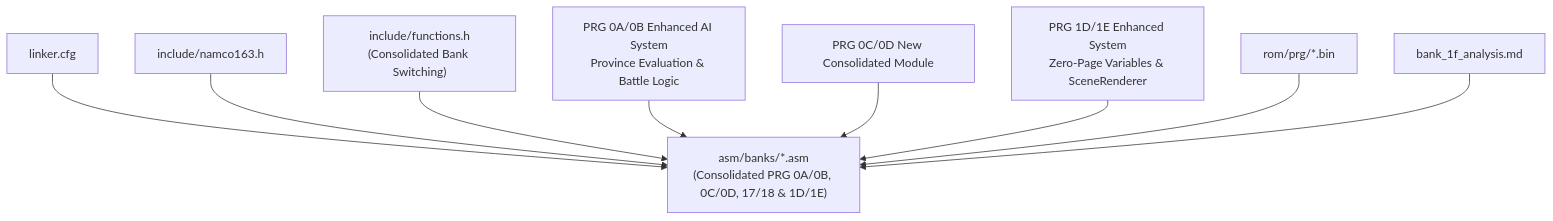
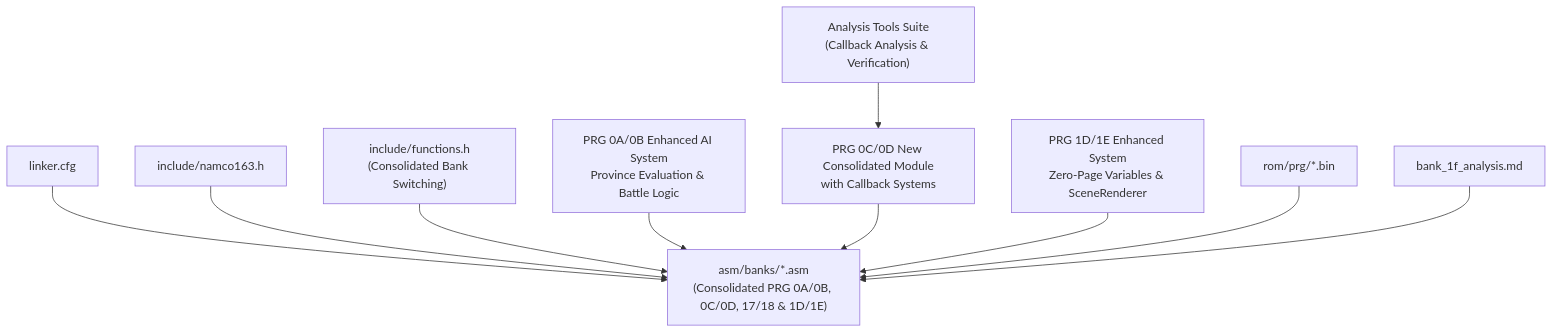
One commit to rabbyzero/sango2dasm changed the third of 3 diagrams in .qoder/repowiki/en/content/Assembly Architecture/Bank Organization and Memory Layout.md. Above: the diagram before and after it, drawn with Mermaid. The commit also changed other lines of this file and 11 other files, not shown here.

Commit message:
prg bank $0c $0d analysis WIP.

````diff
--- a/.qoder/repowiki/en/content/Assembly Architecture/Bank Organization and Memory Layout.md
+++ b/.qoder/repowiki/en/content/Assembly Architecture/Bank Organization and Memory Layout.md
@@ -486,20 +521,22 @@
 ```mermaid
 graph TB
 LCFG["linker.cfg"]
 N163["include/namco163.h"]
 FUNCS["include/functions.h<br/>(Consolidated Bank Switching)"]
 STUBS["asm/banks/*.asm<br/>(Consolidated PRG 0A/0B, 0C/0D, 17/18 & 1D/1E)"]
 ENHANCED_AI["PRG 0A/0B Enhanced AI System<br/>Province Evaluation & Battle Logic"]
-NEW_CONSOLIDATED["PRG 0C/0D New Consolidated Module"]
+NEW_CONSOLIDATED["PRG 0C/0D New Consolidated Module<br/>with Callback Systems"]
 ENHANCED_DISPLAY["PRG 1D/1E Enhanced System<br/>Zero-Page Variables & SceneRenderer"]
 ROM["rom/prg/*.bin"]
 BOOT["bank_1f_analysis.md"]
+ANALYSIS_TOOLS["Analysis Tools Suite<br/>(Callback Analysis & Verification)"]
 LCFG --> STUBS
 N163 --> STUBS
 FUNCS --> STUBS
 ENHANCED_AI --> STUBS
 NEW_CONSOLIDATED --> STUBS
 ENHANCED_DISPLAY --> STUBS
 ROM --> STUBS
 BOOT --> STUBS
+ANALYSIS_TOOLS --> NEW_CONSOLIDATED
 ```
````
